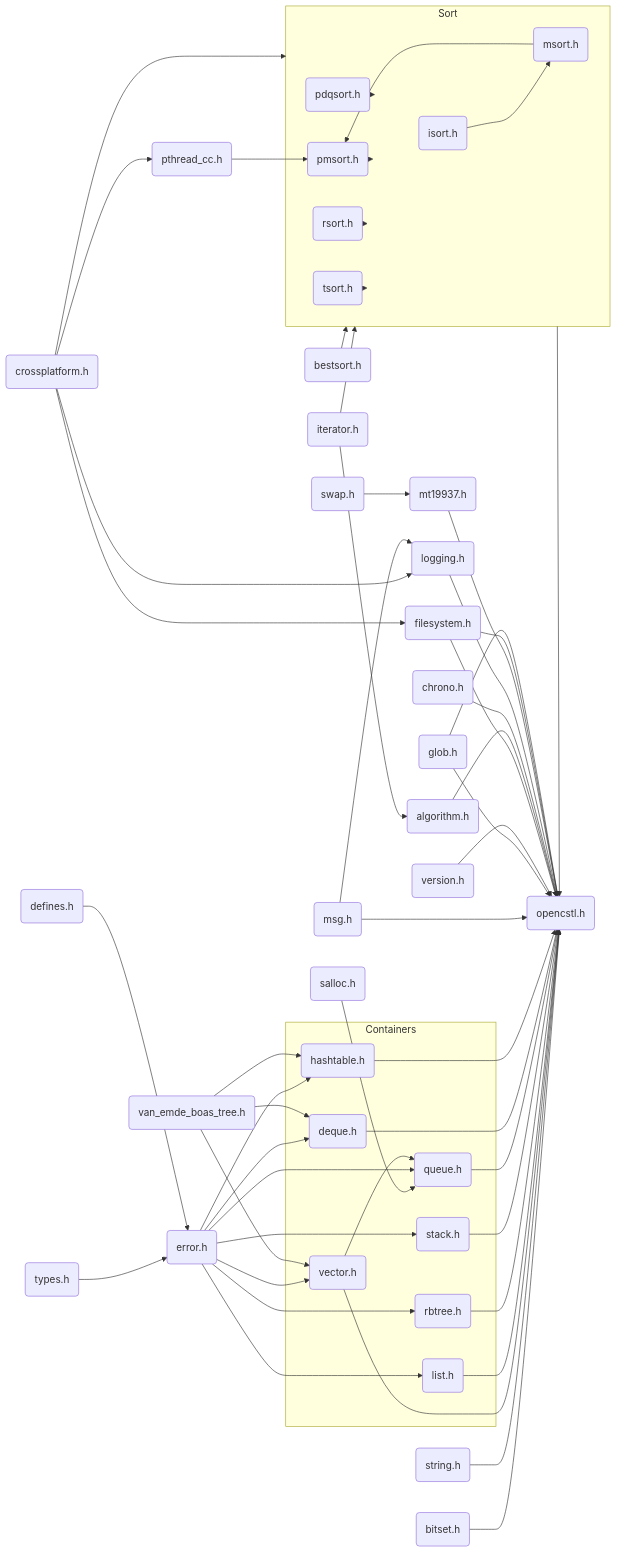
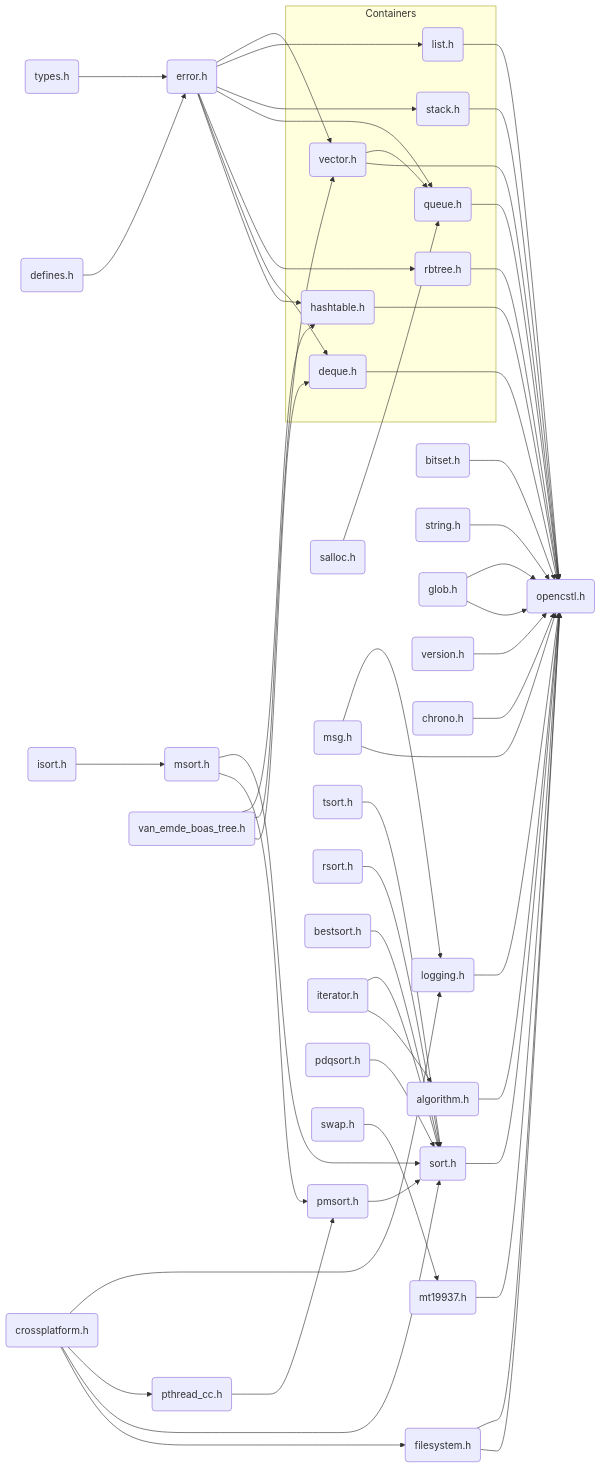
Before and after one commit to springkim/OpenCSTL: the diagram in README.md, drawn with Mermaid. The commit also changed other lines of this file and 47 other files, not shown here.

````diff
--- a/README.md
+++ b/README.md
@@ -250,75 +250,68 @@
 ```mermaid
 
   flowchart LR
       T(types.h) --> E(error.h)
       D(defines.h) --> E(error.h)
       C(crossplatform.h) --> L(logging.h)
       C(crossplatform.h) --> PTHREADCC(pthread_cc.h)
       E(error.h) --> V(vector.h)
       E(error.h) --> LST(list.h)
       E(error.h) --> S(stack.h)
       SALLOC(salloc.h) --> Q(queue.h)
       E(error.h) --> Q(queue.h)
       V(vector.h) --> Q(queue.h)
       E(error.h) --> TREE(rbtree.h)
       E(error.h) --> DQ(deque.h)
       E(error.h) --> H(hashtable.h)
       VEBT(van_emde_boas_tree.h) --> H(hashtable.h)
       VEBT(van_emde_boas_tree.h) --> V(vector.h)
       VEBT(van_emde_boas_tree.h) --> DQ(deque.h)
 
       subgraph CONTAINERS[Containers]
           V(vector.h)
           LST(list.h)
           S(stack.h)
           Q(queue.h)
           TREE(tree.h)
           DQ(deque.h)
           H(hashtable.h)
       end
       
-      subgraph SORT[Sort]
-      	ISORT(isort.h)
-      	TSORT(tsort.h)
-      	MSORT(msort.h)
-      	RSORT(rsort.h)
-      	PMSORT(pmsort.h)
-      	PDQSORT(pdqsort.h)
-      end
+   
 
 	  B(bitset.h) --> OCSTL(opencstl.h)
 	  STR(string.h) --> OCSTL(opencstl.h)
       V(vector.h) --> OCSTL(opencstl.h)
       LST(list.h) --> OCSTL(opencstl.h)
       TREE(rbtree.h) --> OCSTL(opencstl.h)
       S(stack.h) --> OCSTL(opencstl.h)
       Q(queue.h) --> OCSTL(opencstl.h)
       DQ(deque.h) --> OCSTL(opencstl.h)
       H(hashtable.h) --> OCSTL(opencstl.h)
       MSG(msg.h) --> L(logging.h)
       MSG(msg.h) --> OCSTL(opencstl.h)
       ISORT(isort.h) --> MSORT(msort.h)
       TSORT(tsort.h) --> SORT(sort.h)
       MSORT(msort.h) --> SORT(sort.h)
       RSORT(rsort.h) --> SORT(sort.h)
       PTHREADCC(pthread_cc.h) --> PMSORT(pmsort.h)
       MSORT(msort.h) --> PMSORT(pmsort.h)
       PMSORT(pmsort.h) --> SORT(sort.h)
       BSORT(bestsort.h) --> SORT(sort.h)
       ITER(iterator.h) --> SORT(sort.h)
       ITER(iterator.h) --> ALGO(algorithm.h)
       PDQSORT(pdqsort.h) --> SORT(sort.h)
       C(crossplatform.h) --> SORT(sort.h)
       GLOB(glob.h) --> OCSTL(opencstl.h)
       SORT(sort.h) --> OCSTL(opencstl.h)
       VER(version.h) --> OCSTL(opencstl.h)
       FS(fstream.h) --> OCSTL(opencstl.h)
       ALGO(algorithm.h) --> OCSTL(opencstl.h)
       WATCH(chrono.h) --> OCSTL(opencstl.h)
       L(logging.h) --> OCSTL(opencstl.h)
       MT(mt19937.h) --> OCSTL(opencstl.h)
       SWAP(swap.h) --> MT(mt19937.h)
       C(crossplatform.h) --> FS(filesystem.h)
       FS(filesystem.h) --> OCSTL(opencstl.h)
       GLOB(glob.h) --> OCSTL(opencstl.h)
 ```
````
